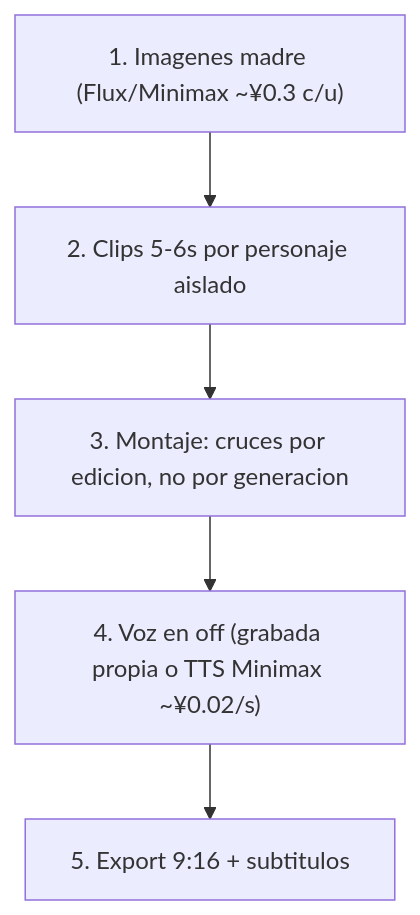
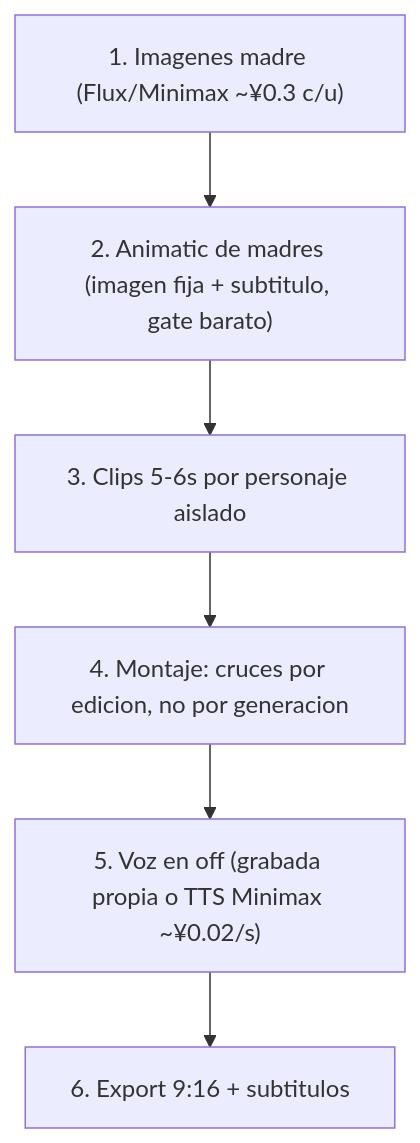
One commit to jorgeeferreyra/entorno_audiovisual_creativo changed the diagram in metodo/pipeline.md. Above: the diagram before and after it, drawn with Mermaid. The commit also changed other lines of this file and 9 other files, not shown here.

````diff
--- a/metodo/pipeline.md
+++ b/metodo/pipeline.md
@@ -18,7 +18,8 @@
 ```mermaid
 flowchart TD
-    A["1. Imagenes madre (Flux/Minimax ~¥0.3 c/u)"] --> B["2. Clips 5-6s por personaje aislado"]
-    B --> C["3. Montaje: cruces por edicion, no por generacion"]
-    C --> D["4. Voz en off (grabada propia o TTS Minimax ~¥0.02/s)"]
-    D --> E["5. Export 9:16 + subtitulos"]
+    A["1. Imagenes madre (Flux/Minimax ~¥0.3 c/u)"] --> A2["2. Animatic de madres (imagen fija + subtitulo, gate barato)"]
+    A2 --> B["3. Clips 5-6s por personaje aislado"]
+    B --> C["4. Montaje: cruces por edicion, no por generacion"]
+    C --> D["5. Voz en off (grabada propia o TTS Minimax ~¥0.02/s)"]
+    D --> E["6. Export 9:16 + subtitulos"]
 ```
````
